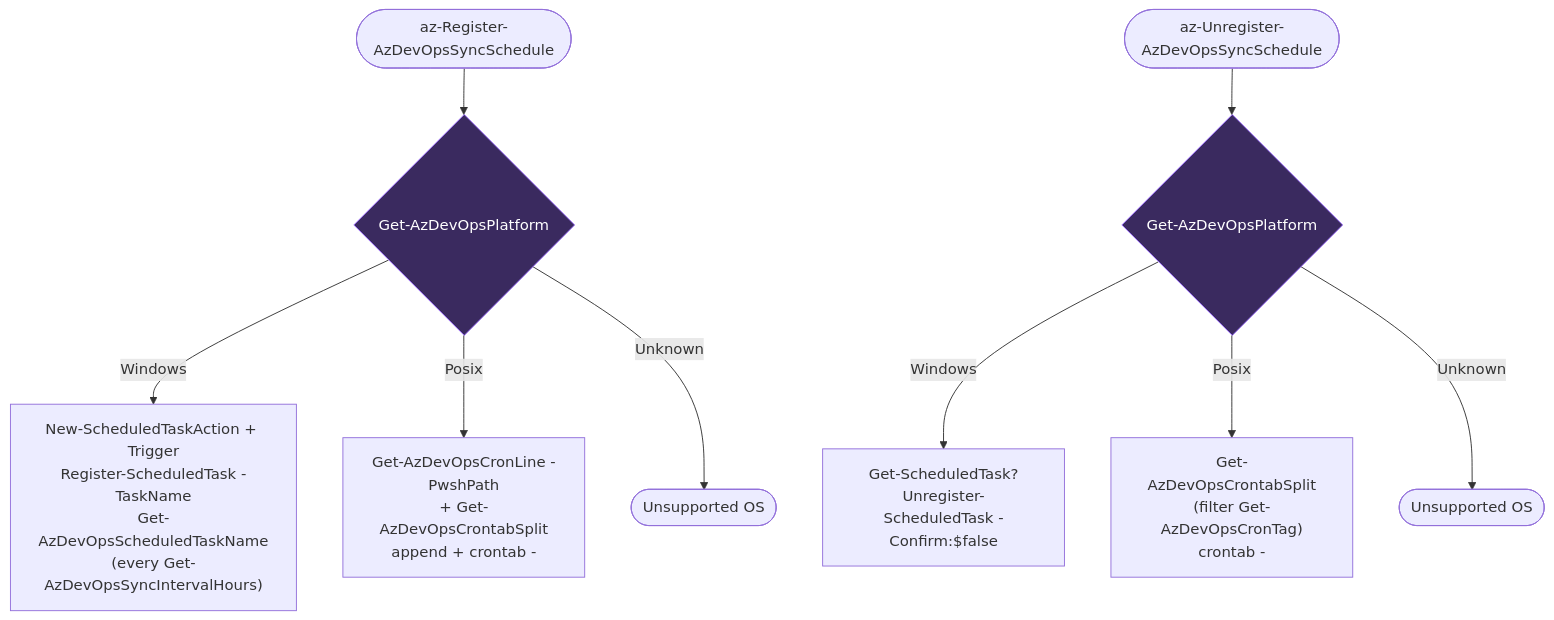
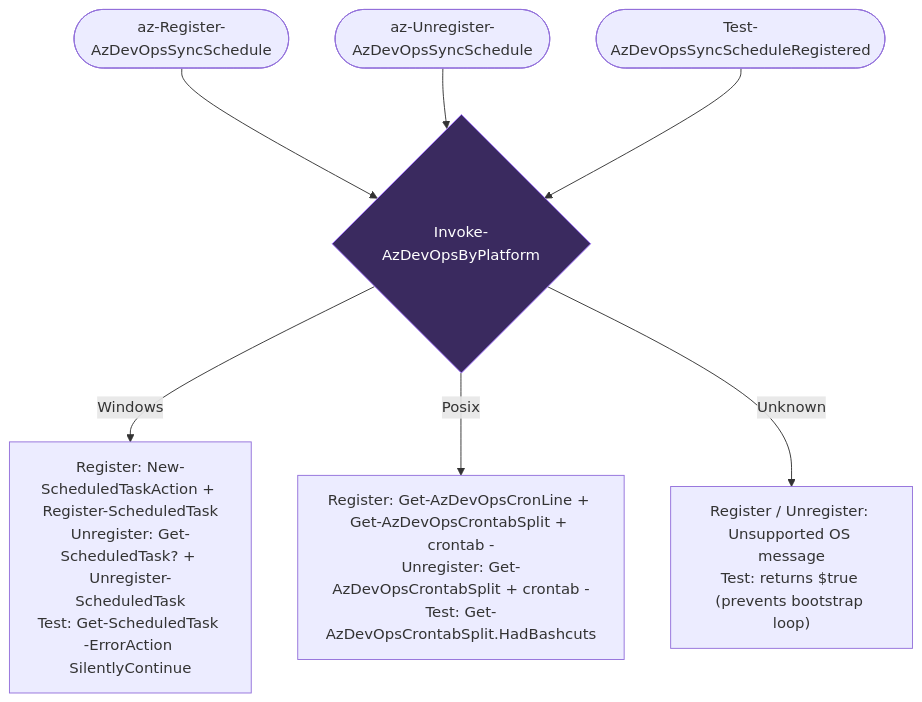
Diagram 11 of 12 in docs/azure-devops-diagrams.md (jdschleicher/bashcuts), drawn with Mermaid before and after one commit. The commit also changed other lines of this file, not shown here.

Commit message:
docs: reflect Invoke-AzDevOpsByPlatform + Test- in AzDO diagrams
PR #62 follow-up. Diagram 10 now shows the three schedule helpers
(Register-/Unregister-/Test-AzDevOpsSyncScheduleRegistered) routing
through a single Invoke-AzDevOpsByPlatform dispatcher instead of
two separate Get-AzDevOpsPlatform diamonds, and the Test- branch
documents the return-true-on-unsupported behavior that keeps the
profile bootstrap a no-op. Diagram 11 (function dependency map)
adds nodes for the new public Test- and private dispatcher and
re-routes Reg / Unreg / TestReg through Disp --> Plat.

Pre-existing diagram drift from prior PRs (schema management,
multi-project, type-aware resolves) is out of scope here; tracked
separately if filed.

https://claude.ai/code/session_01DWHAb7iCX93sWH1mXuiJpJ

````diff
--- a/docs/azure-devops-diagrams.md
+++ b/docs/azure-devops-diagrams.md
@@ -488,15 +488,13 @@
 ```mermaid
 flowchart TD
-    Reg([az-Register-AzDevOpsSyncSchedule]) --> P1{Get-AzDevOpsPlatform}
-    P1 -- Windows --> WReg["New-ScheduledTaskAction + Trigger<br/>Register-ScheduledTask -TaskName<br/>Get-AzDevOpsScheduledTaskName<br/>(every Get-AzDevOpsSyncIntervalHours)"]
-    P1 -- Posix --> PReg["Get-AzDevOpsCronLine -PwshPath<br/>+ Get-AzDevOpsCrontabSplit<br/>append + crontab -"]
-    P1 -- Unknown --> ErrR([Unsupported OS])
+    Reg([az-Register-AzDevOpsSyncSchedule]) --> Disp{Invoke-AzDevOpsByPlatform}
+    Unreg([az-Unregister-AzDevOpsSyncSchedule]) --> Disp
+    TestReg([Test-AzDevOpsSyncScheduleRegistered]) --> Disp
 
-    Unreg([az-Unregister-AzDevOpsSyncSchedule]) --> P2{Get-AzDevOpsPlatform}
-    P2 -- Windows --> WUn["Get-ScheduledTask?<br/>Unregister-ScheduledTask -Confirm:$false"]
-    P2 -- Posix --> PUn["Get-AzDevOpsCrontabSplit<br/>(filter Get-AzDevOpsCronTag)<br/>crontab -"]
-    P2 -- Unknown --> ErrU([Unsupported OS])
+    Disp -- Windows --> Win["Register: New-ScheduledTaskAction + Register-ScheduledTask<br/>Unregister: Get-ScheduledTask? + Unregister-ScheduledTask<br/>Test: Get-ScheduledTask -ErrorAction SilentlyContinue"]
+    Disp -- Posix --> Pos["Register: Get-AzDevOpsCronLine + Get-AzDevOpsCrontabSplit + crontab -<br/>Unregister: Get-AzDevOpsCrontabSplit + crontab -<br/>Test: Get-AzDevOpsCrontabSplit.HadBashcuts"]
+    Disp -- Unknown --> Unk["Register / Unregister: Unsupported OS message<br/>Test: returns $true (prevents bootstrap loop)"]
 
     classDef shared fill:#3a2a5f,stroke:#a070ff,color:#fff
-    class P1,P2 shared
+    class Disp shared
 ```
````
